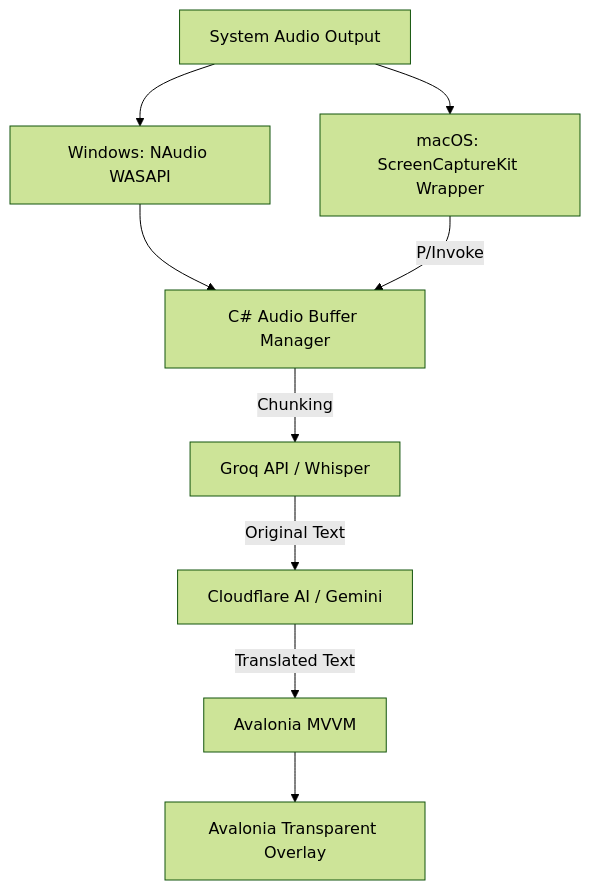
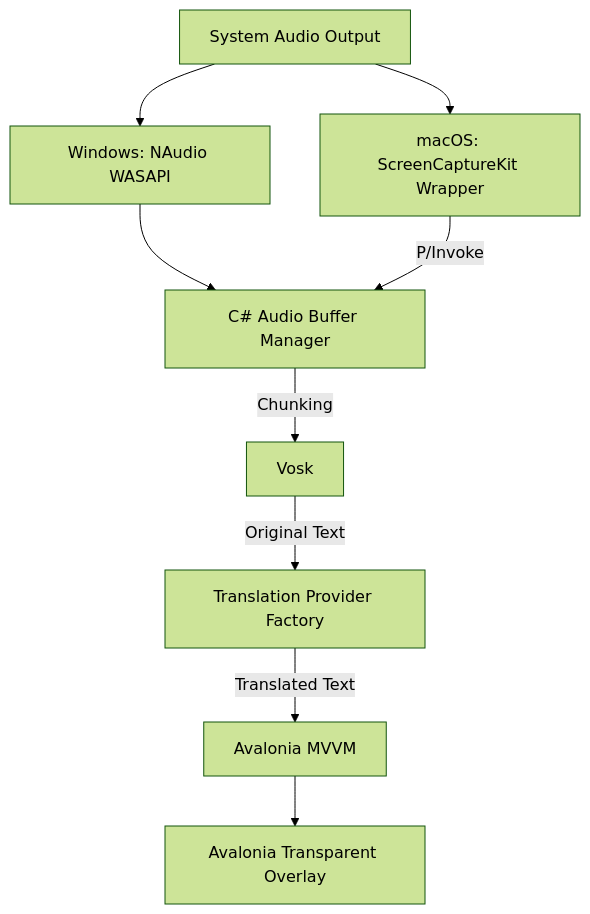
Before and after one commit to taitranhuu2302/sublingual: the diagram in README.md, drawn with Mermaid (forest theme). The commit also changed other lines of this file and 20 other files, not shown here.

First line of the commit message:
feat: Enhance translation and audio processing features

````diff
--- a/README.md
+++ b/README.md
@@ -57,13 +58,13 @@
 ```mermaid
 graph TD
     SystemAudio[System Audio Output] --> WinAudio[Windows: NAudio WASAPI]
     SystemAudio --> MacAudio[macOS: ScreenCaptureKit Wrapper]
 
     WinAudio --> AudioBuffer[C# Audio Buffer Manager]
     MacAudio -- P/Invoke --> AudioBuffer
 
-    AudioBuffer -- Chunking --> STT[Groq API / Whisper]
-    STT -- Original Text --> Translator[Cloudflare AI / Gemini]
+    AudioBuffer -- Chunking --> STT[Vosk]
+    STT -- Original Text --> Translator[Translation Provider Factory]
     Translator -- Translated Text --> ViewModel[Avalonia MVVM]
     ViewModel --> Overlay[Avalonia Transparent Overlay]
 ```
````
